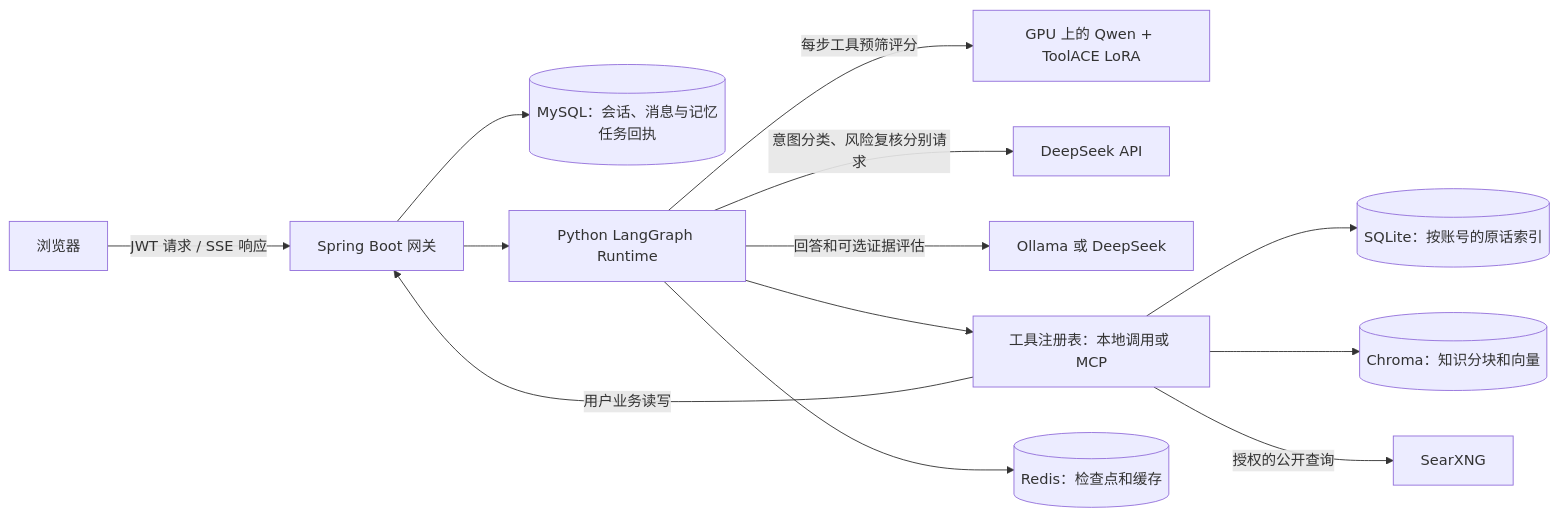
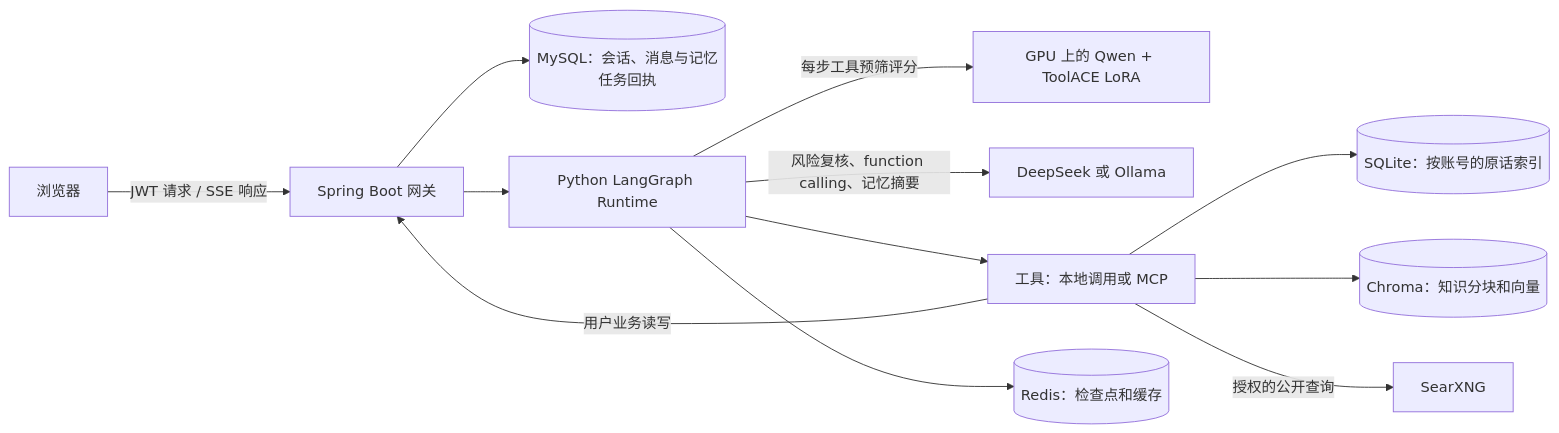
Before and after one commit to Vaniloo/psych-agent-engineering: the first of 2 diagrams in docs/architecture.md, drawn with Mermaid. The commit also changed other lines of this file and 7 other files, not shown here.

First line of the commit message:
Rewrite README and docs for the public function-calling version

````diff
--- a/docs/architecture.md
+++ b/docs/architecture.md
@@ -7,15 +7,14 @@
 ```mermaid
 flowchart LR
   UI[浏览器] -->|JWT 请求 / SSE 响应| J[Spring Boot 网关]
   J --> SQL[(MySQL：会话、消息与记忆任务回执)]
   J --> R[Python LangGraph Runtime]
   R -->|每步工具预筛评分| Q[GPU 上的 Qwen + ToolACE LoRA]
-  R -->|意图分类、风险复核分别请求| DS[DeepSeek API]
-  R -->|回答和可选证据评估| L[Ollama 或 DeepSeek]
-  R --> T[工具注册表：本地调用或 MCP]
+  R -->|风险复核、function calling、记忆摘要| L[DeepSeek 或 Ollama]
+  R --> T[工具：本地调用或 MCP]
   R --> C[(Redis：检查点和缓存)]
   T -->|用户业务读写| J
   T --> M[(SQLite：按账号的原话索引)]
   T --> K[(Chroma：知识分块和向量)]
   T -->|授权的公开查询| S[SearXNG]
 ```
````
